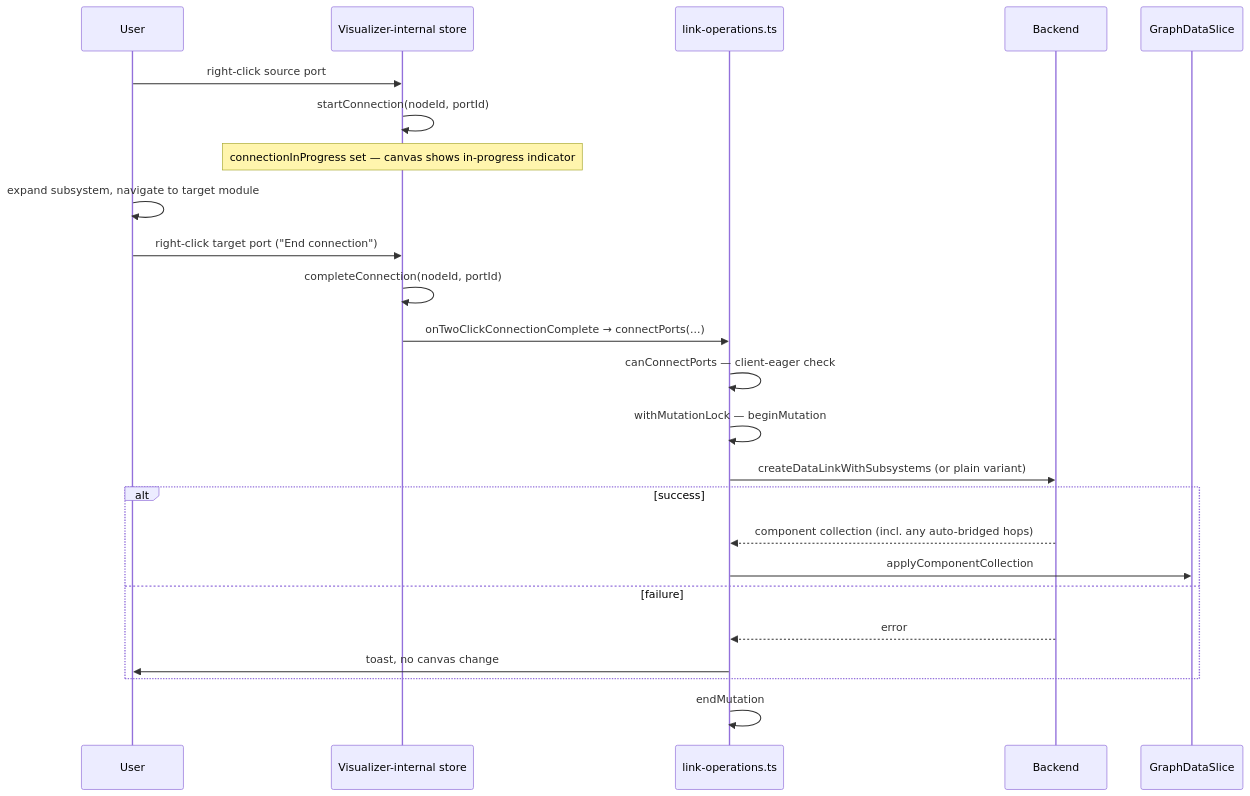
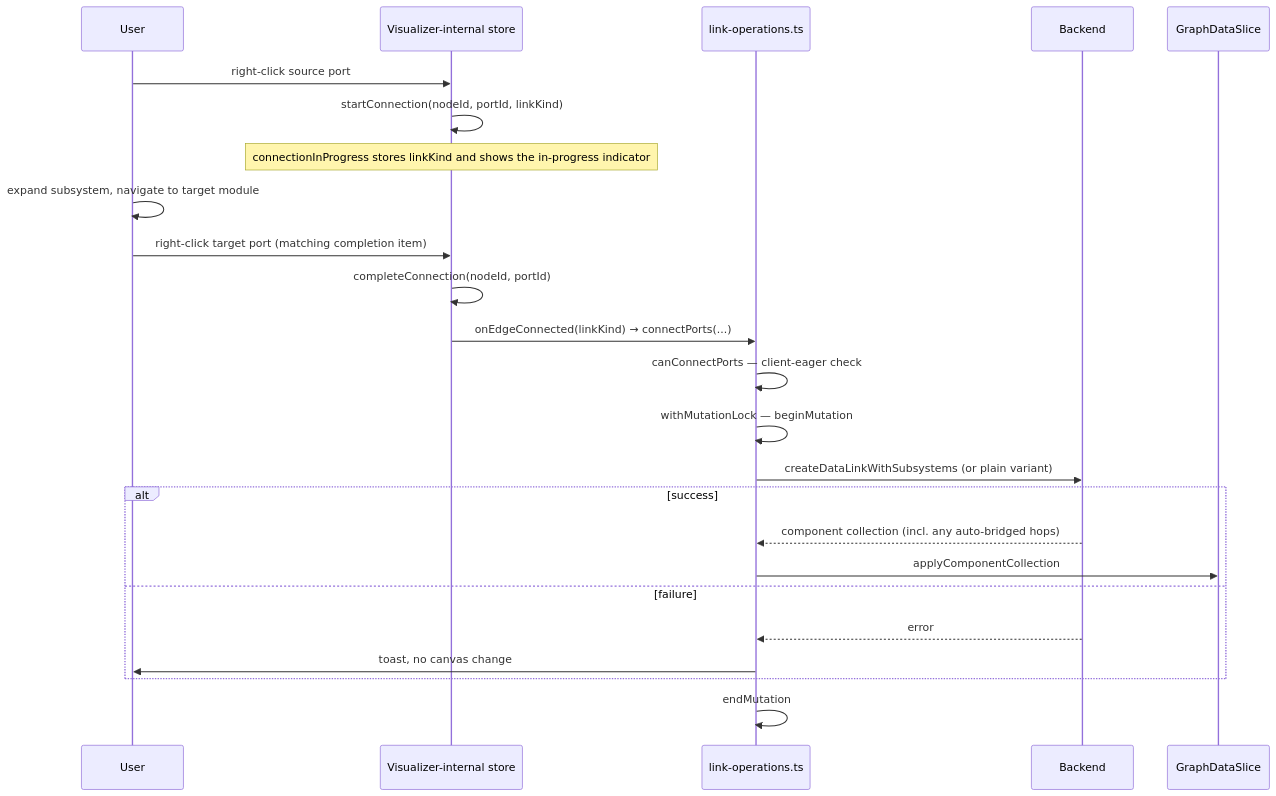
Before and after one commit to AudioReach/audioreach-creator-ui: the first of 2 diagrams in docs/design/edit-session/link-and-port-design.md, drawn with Mermaid. The commit also changed other lines of this file and 17 other files, not shown here.

````diff
--- a/docs/design/edit-session/link-and-port-design.md
+++ b/docs/design/edit-session/link-and-port-design.md
@@ -498,27 +519,27 @@
 ```mermaid
 sequenceDiagram
   participant U as User
   participant V as Visualizer-internal store
   participant L as link-operations.ts
   participant B as Backend
   participant G as GraphDataSlice
 
   U->>V: right-click source port
-  V->>V: startConnection(nodeId, portId)
-  Note over V: connectionInProgress set — canvas shows in-progress indicator
+  V->>V: startConnection(nodeId, portId, linkKind)
+  Note over V: connectionInProgress stores linkKind and shows the in-progress indicator
   U->>U: expand subsystem, navigate to target module
-  U->>V: right-click target port ("End connection")
+  U->>V: right-click target port (matching completion item)
   V->>V: completeConnection(nodeId, portId)
-  V->>L: onTwoClickConnectionComplete → connectPorts(...)
+  V->>L: onEdgeConnected(linkKind) → connectPorts(...)
   L->>L: canConnectPorts — client-eager check
   L->>L: withMutationLock — beginMutation
   L->>B: createDataLinkWithSubsystems (or plain variant)
   alt success
     B-->>L: component collection (incl. any auto-bridged hops)
     L->>G: applyComponentCollection
   else failure
     B-->>L: error
     L->>U: toast, no canvas change
   end
   L->>L: endMutation
 ```
````
